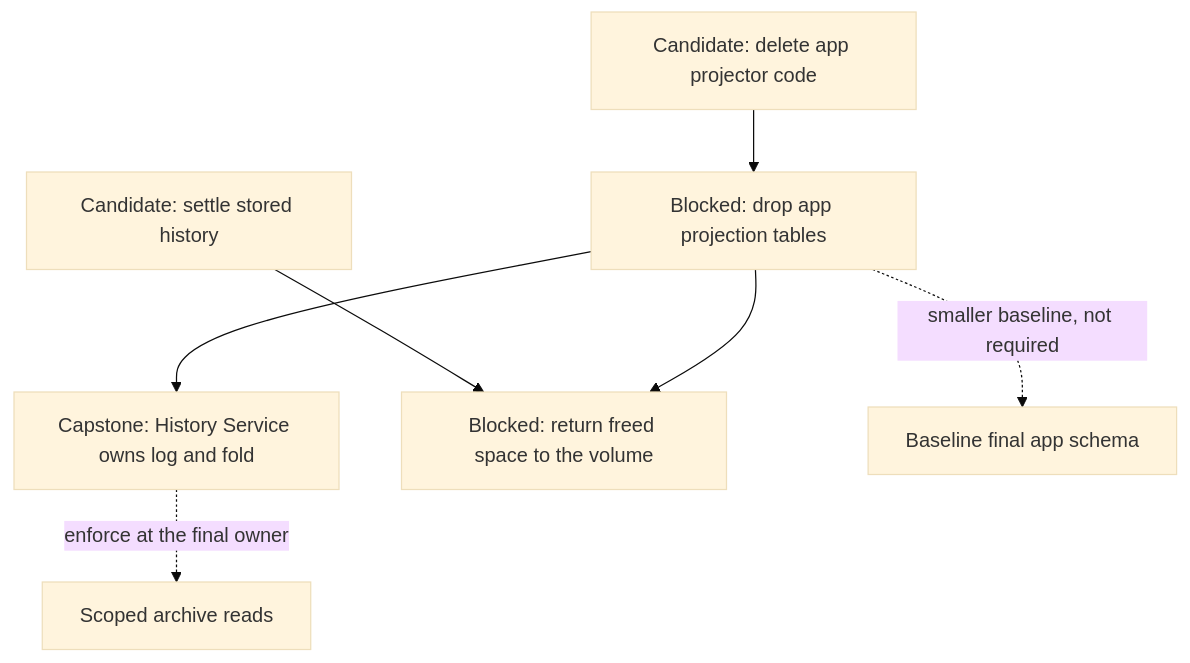
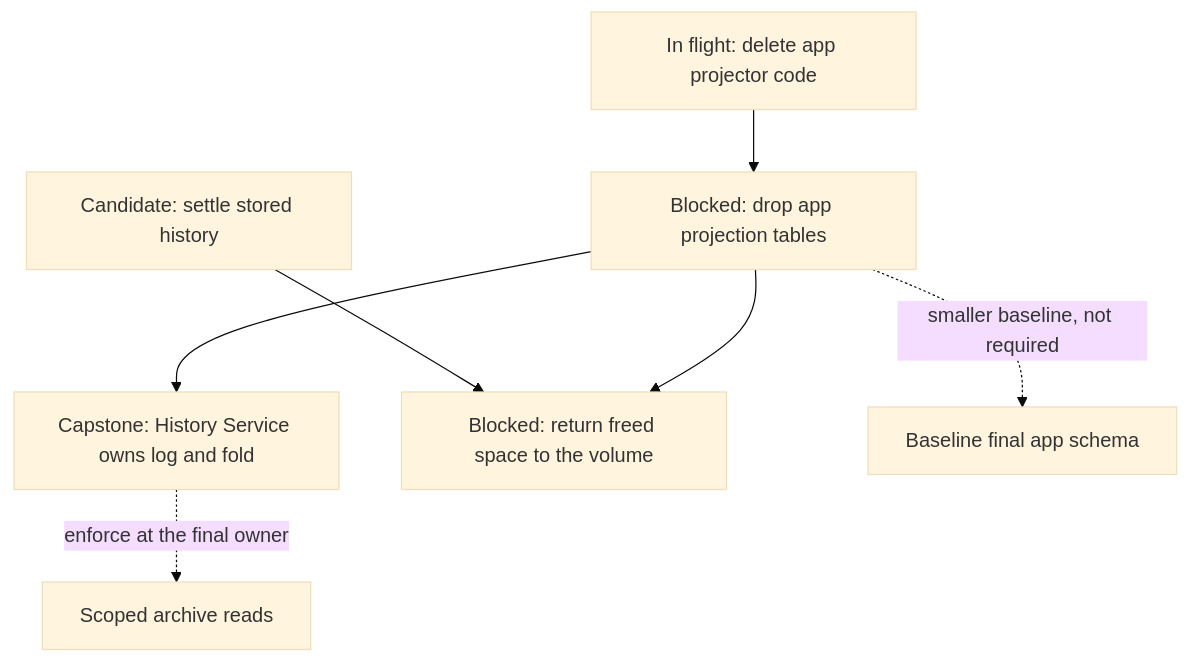
The eighth of 13 diagrams in agentplane/plans/task_dag.md (agentydragon-agent/ducktape), drawn with Mermaid (base theme) before and after one commit. The commit also changed other lines of this file, not shown here.

First line of the commit message:
agentplane/plans: APP_PROJECTOR_RETIRE is in flight (#10006)

````diff
--- a/agentplane/plans/task_dag.md
+++ b/agentplane/plans/task_dag.md
@@ -572,16 +572,16 @@
 ```mermaid
 flowchart TD
-    APP_PROJECTOR_RETIRE[Candidate: delete app projector code]
+    APP_PROJECTOR_RETIRE[In flight: delete app projector code]
     APP_PROJECTION_RETIRE[Blocked: drop app projection tables]
     HISTORY_SERVICE_OWNERSHIP[Capstone: History Service owns log and fold]
     SESSION_EVENT_COMPACTION[Candidate: settle stored history]
     HISTORY_REPACK[Blocked: return freed space to the volume]
     APP_ALEMBIC_SQUASH[Baseline final app schema]
     THREAD_READ_POLICY[Scoped archive reads]
     APP_PROJECTOR_RETIRE --> APP_PROJECTION_RETIRE
     APP_PROJECTION_RETIRE --> HISTORY_SERVICE_OWNERSHIP
     SESSION_EVENT_COMPACTION --> HISTORY_REPACK
     APP_PROJECTION_RETIRE --> HISTORY_REPACK
     APP_PROJECTION_RETIRE -. smaller baseline, not required .-> APP_ALEMBIC_SQUASH
     HISTORY_SERVICE_OWNERSHIP -. enforce at the final owner .-> THREAD_READ_POLICY
 ```
````
